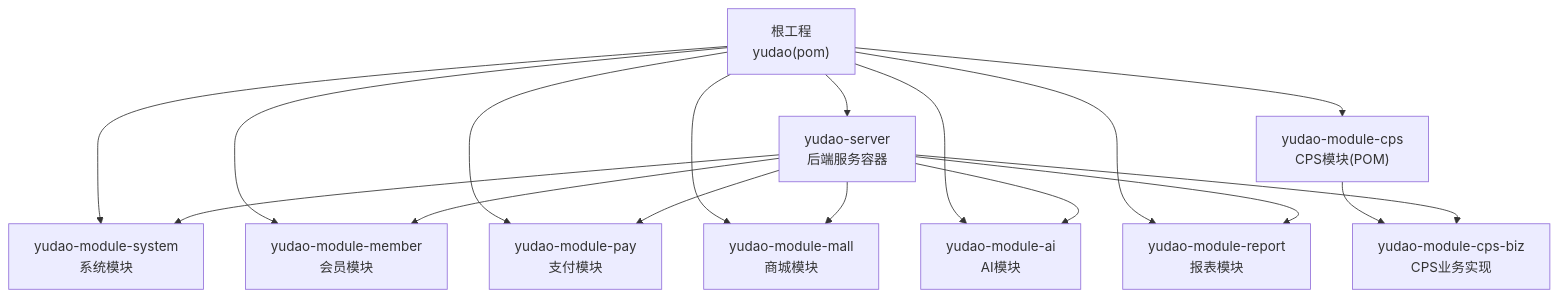
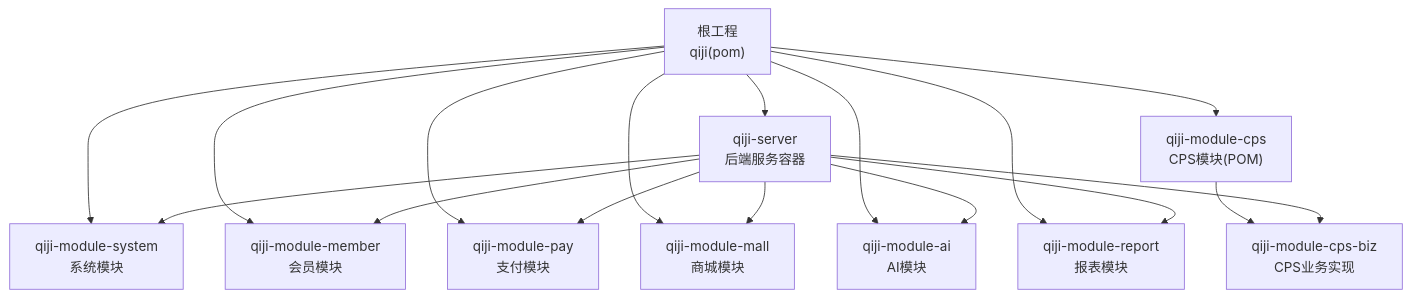
The first of 6 diagrams in backend/.qoder/repowiki/zh/content/项目概述/项目概述.md (zhuangpengLI/AgenticCPS), drawn with Mermaid before and after one commit. The commit also changed other lines of this file and 3489 other files, not shown here.

````diff
--- a/backend/.qoder/repowiki/zh/content/项目概述/项目概述.md
+++ b/backend/.qoder/repowiki/zh/content/项目概述/项目概述.md
@@ -37,19 +37,19 @@
 ```mermaid
 graph TB
-Root["根工程<br/>yudao(pom)"] --> Server["yudao-server<br/>后端服务容器"]
-Root --> CpsModule["yudao-module-cps<br/>CPS模块(POM)"]
-Root --> SysModule["yudao-module-system<br/>系统模块"]
-Root --> MemberModule["yudao-module-member<br/>会员模块"]
-Root --> PayModule["yudao-module-pay<br/>支付模块"]
-Root --> MallModule["yudao-module-mall<br/>商城模块"]
-Root --> AiModule["yudao-module-ai<br/>AI模块"]
-Root --> ReportModule["yudao-module-report<br/>报表模块"]
-CpsModule --> CpsBiz["yudao-module-cps-biz<br/>CPS业务实现"]
+Root["根工程<br/>qiji(pom)"] --> Server["qiji-server<br/>后端服务容器"]
+Root --> CpsModule["qiji-module-cps<br/>CPS模块(POM)"]
+Root --> SysModule["qiji-module-system<br/>系统模块"]
+Root --> MemberModule["qiji-module-member<br/>会员模块"]
+Root --> PayModule["qiji-module-pay<br/>支付模块"]
+Root --> MallModule["qiji-module-mall<br/>商城模块"]
+Root --> AiModule["qiji-module-ai<br/>AI模块"]
+Root --> ReportModule["qiji-module-report<br/>报表模块"]
+CpsModule --> CpsBiz["qiji-module-cps-biz<br/>CPS业务实现"]
 Server --> SysModule
 Server --> MemberModule
 Server --> PayModule
 Server --> MallModule
 Server --> AiModule
 Server --> ReportModule
 Server --> CpsBiz
 ```
````
